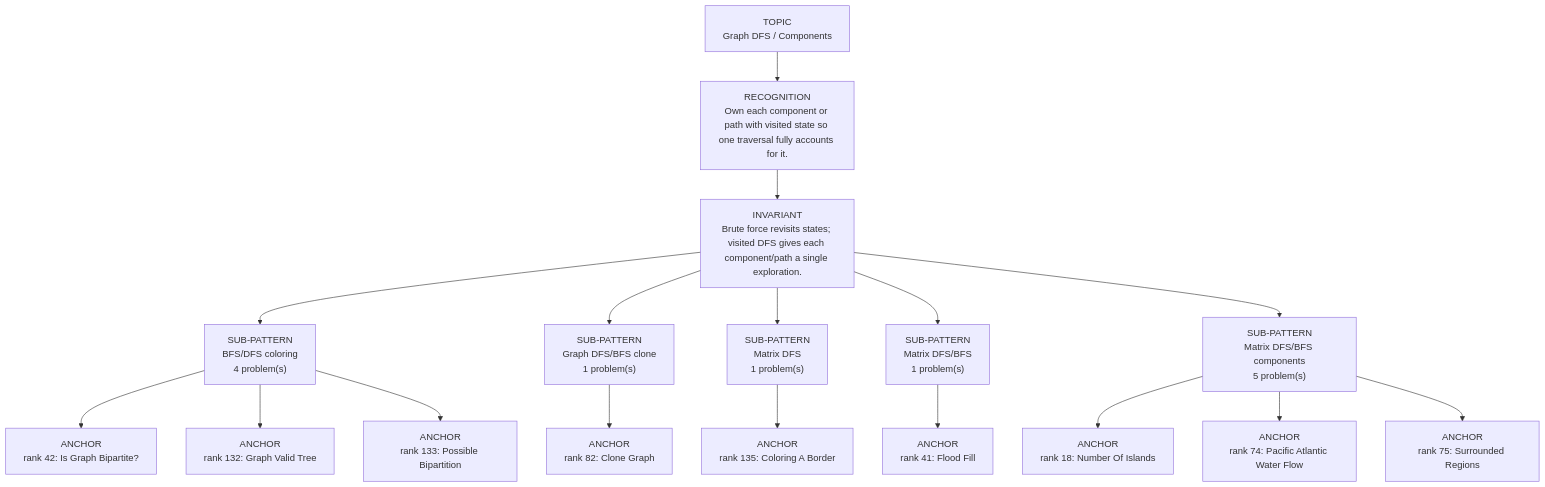
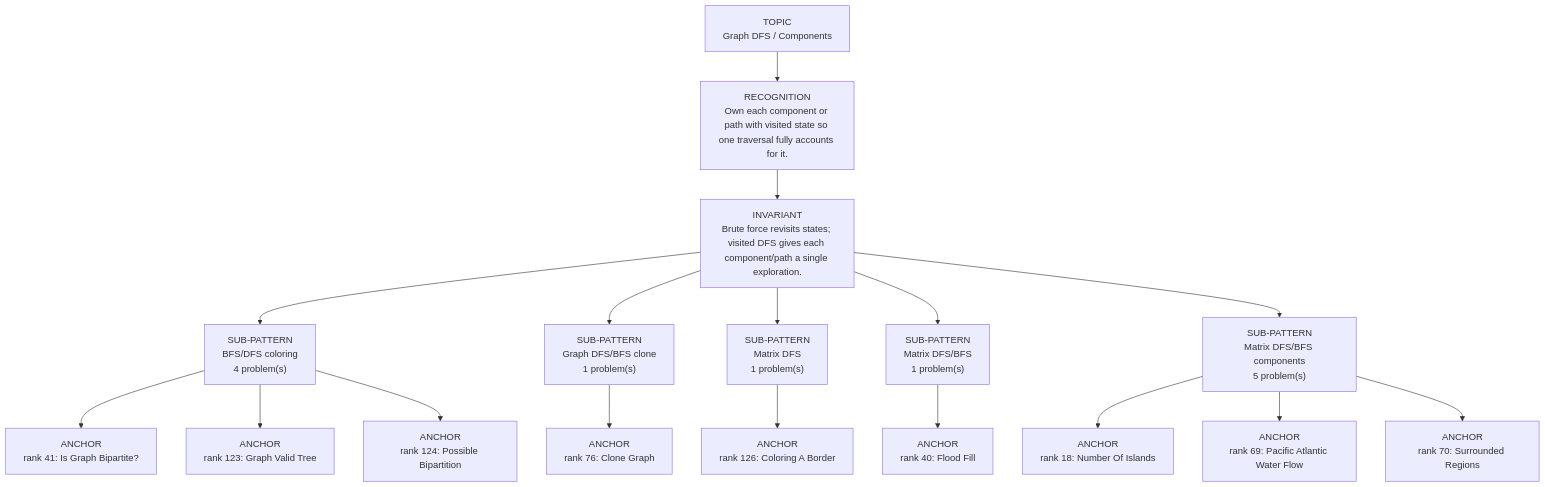
Before and after one commit to thechiranjeevjain/DSA10days: the diagram in dsa-review/interview/patterns/09_graph_dfs.md, drawn with Mermaid. The commit also changed other lines of this file and 61 other files, not shown here.

````diff
--- a/dsa-review/interview/patterns/09_graph_dfs.md
+++ b/dsa-review/interview/patterns/09_graph_dfs.md
@@ -15,21 +15,21 @@
 ```mermaid
 flowchart TD
   Topic["TOPIC<br/>Graph DFS / Components"]
   Recognition["RECOGNITION<br/>Own each component or path with visited state so one traversal fully accounts for it."]
   Invariant["INVARIANT<br/>Brute force revisits states; visited DFS gives each component/path a single exploration."]
   Topic --> Recognition --> Invariant
   Invariant --> Sub01["SUB-PATTERN<br/>BFS/DFS coloring<br/>4 problem(s)"]
-  Sub01 --> Sub01A01["ANCHOR<br/>rank 42: Is Graph Bipartite?"]
-  Sub01 --> Sub01A02["ANCHOR<br/>rank 132: Graph Valid Tree"]
-  Sub01 --> Sub01A03["ANCHOR<br/>rank 133: Possible Bipartition"]
+  Sub01 --> Sub01A01["ANCHOR<br/>rank 41: Is Graph Bipartite?"]
+  Sub01 --> Sub01A02["ANCHOR<br/>rank 123: Graph Valid Tree"]
+  Sub01 --> Sub01A03["ANCHOR<br/>rank 124: Possible Bipartition"]
   Invariant --> Sub02["SUB-PATTERN<br/>Graph DFS/BFS clone<br/>1 problem(s)"]
-  Sub02 --> Sub02A01["ANCHOR<br/>rank 82: Clone Graph"]
+  Sub02 --> Sub02A01["ANCHOR<br/>rank 76: Clone Graph"]
   Invariant --> Sub03["SUB-PATTERN<br/>Matrix DFS<br/>1 problem(s)"]
-  Sub03 --> Sub03A01["ANCHOR<br/>rank 135: Coloring A Border"]
+  Sub03 --> Sub03A01["ANCHOR<br/>rank 126: Coloring A Border"]
   Invariant --> Sub04["SUB-PATTERN<br/>Matrix DFS/BFS<br/>1 problem(s)"]
-  Sub04 --> Sub04A01["ANCHOR<br/>rank 41: Flood Fill"]
+  Sub04 --> Sub04A01["ANCHOR<br/>rank 40: Flood Fill"]
   Invariant --> Sub05["SUB-PATTERN<br/>Matrix DFS/BFS components<br/>5 problem(s)"]
   Sub05 --> Sub05A01["ANCHOR<br/>rank 18: Number Of Islands"]
-  Sub05 --> Sub05A02["ANCHOR<br/>rank 74: Pacific Atlantic Water Flow"]
-  Sub05 --> Sub05A03["ANCHOR<br/>rank 75: Surrounded Regions"]
+  Sub05 --> Sub05A02["ANCHOR<br/>rank 69: Pacific Atlantic Water Flow"]
+  Sub05 --> Sub05A03["ANCHOR<br/>rank 70: Surrounded Regions"]
 ```
````
